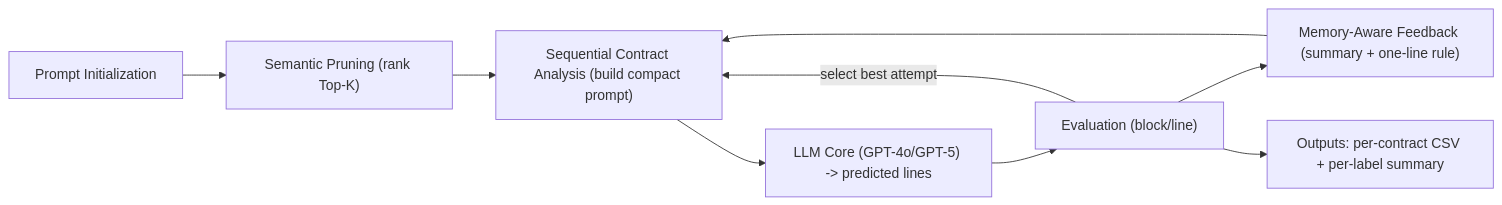
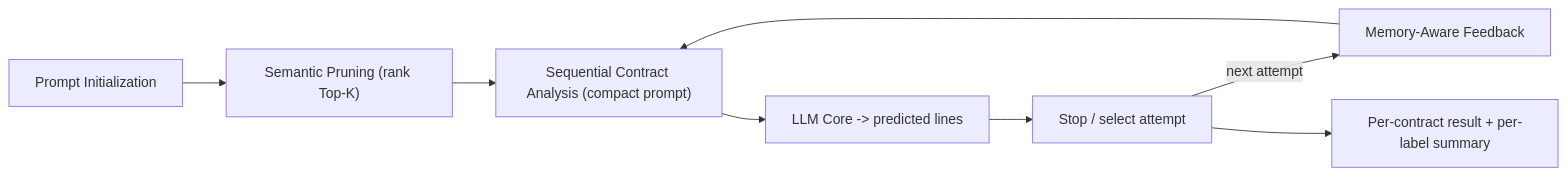
Before and after one commit to sjag77/LineGuard: the diagram in README.md, drawn with Mermaid. The commit also changed other lines of this file, not shown here.

First line of the commit message:
Rewrite README for the non-oracle evaluation and Claude Sonnet 5 results

````diff
--- a/README.md
+++ b/README.md
@@ -22,11 +29,10 @@
 ```mermaid
 flowchart LR
     A["Prompt Initialization"] --> B["Semantic Pruning (rank Top-K)"]
-    B --> C["Sequential Contract Analysis (build compact prompt)"]
-    C --> D["LLM Core (GPT-4o/GPT-5) -> predicted lines"]
-    D --> E["Evaluation (block/line)"]
-    E -->|select best attempt| C
-    E --> F["Memory-Aware Feedback (summary + one-line rule)"]
+    B --> C["Sequential Contract Analysis (compact prompt)"]
+    C --> D["LLM Core -> predicted lines"]
+    D --> E["Stop / select attempt"]
+    E -->|next attempt| F["Memory-Aware Feedback"]
     F --> C
-    E --> G["Outputs: per-contract CSV + per-label summary"]
+    E --> G["Per-contract result + per-label summary"]
 ```
````
